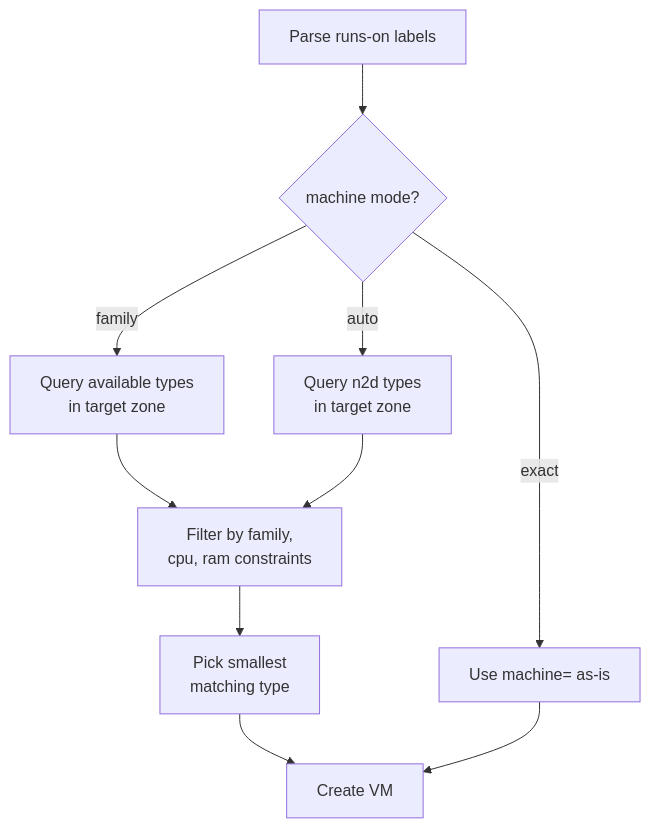
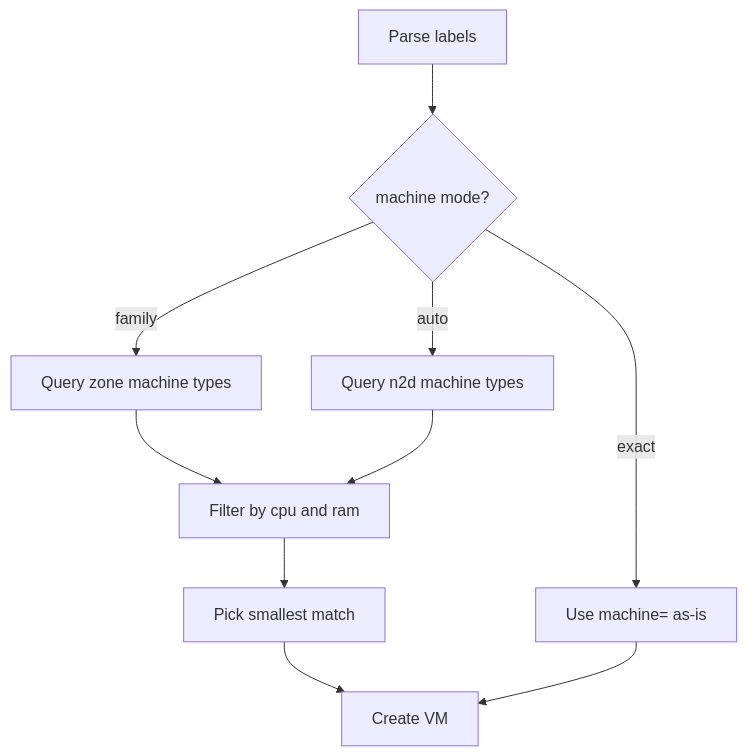
The fourth of 5 diagrams in website/content/docs/architecture.md (CamdenClark/gcrunner), drawn with Mermaid before and after one commit. The commit also changed other lines of this file, not shown here.

Commit message:
Fix mermaid diagrams: remove \n, simplify labels

````diff
--- a/website/content/docs/architecture.md
+++ b/website/content/docs/architecture.md
@@ -142,12 +139,12 @@
 ```mermaid
 flowchart TD
-    A[Parse runs-on labels] --> B{machine mode?}
+    A[Parse labels] --> B{machine mode?}
     B -- exact --> C[Use machine= as-is]
-    B -- family --> D[Query available types\nin target zone]
-    B -- auto --> E[Query n2d types\nin target zone]
-    D --> F[Filter by family,\ncpu, ram constraints]
+    B -- family --> D[Query zone machine types]
+    B -- auto --> E[Query n2d machine types]
+    D --> F[Filter by cpu and ram]
     E --> F
-    F --> G[Pick smallest\nmatching type]
+    F --> G[Pick smallest match]
     G --> H[Create VM]
     C --> H
 ```
````
